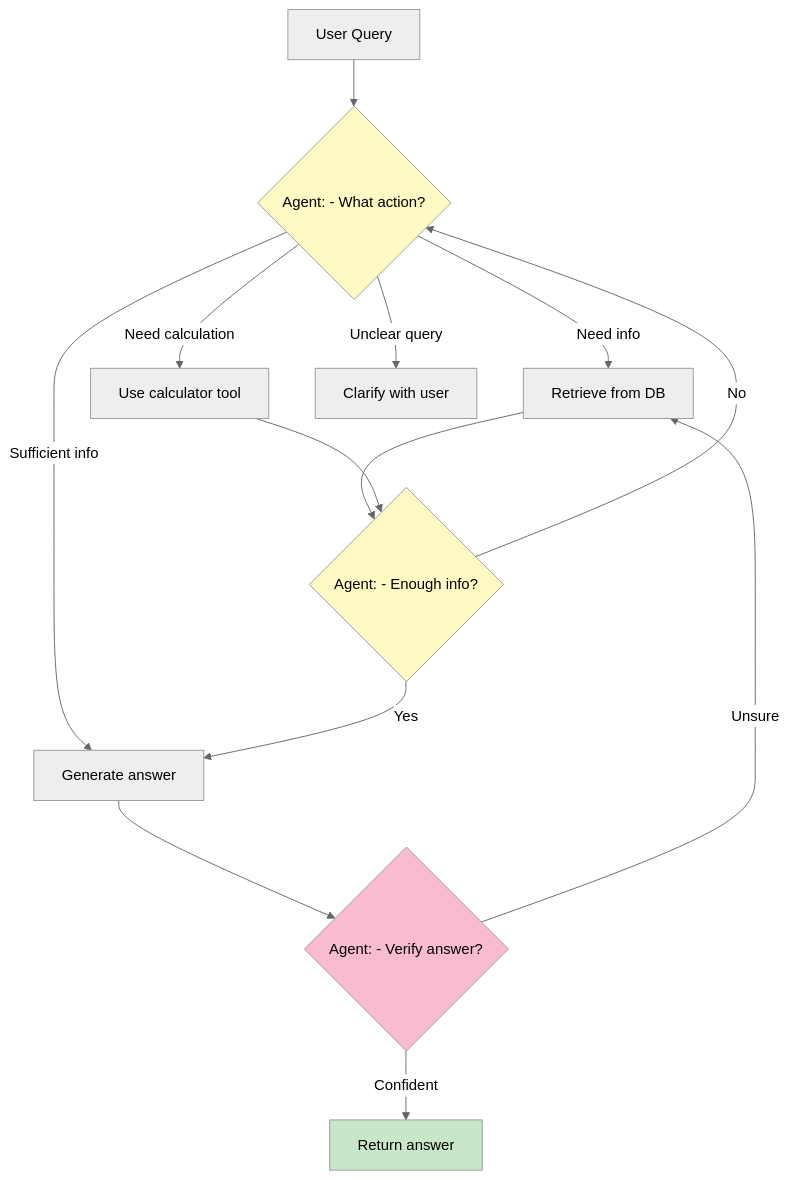
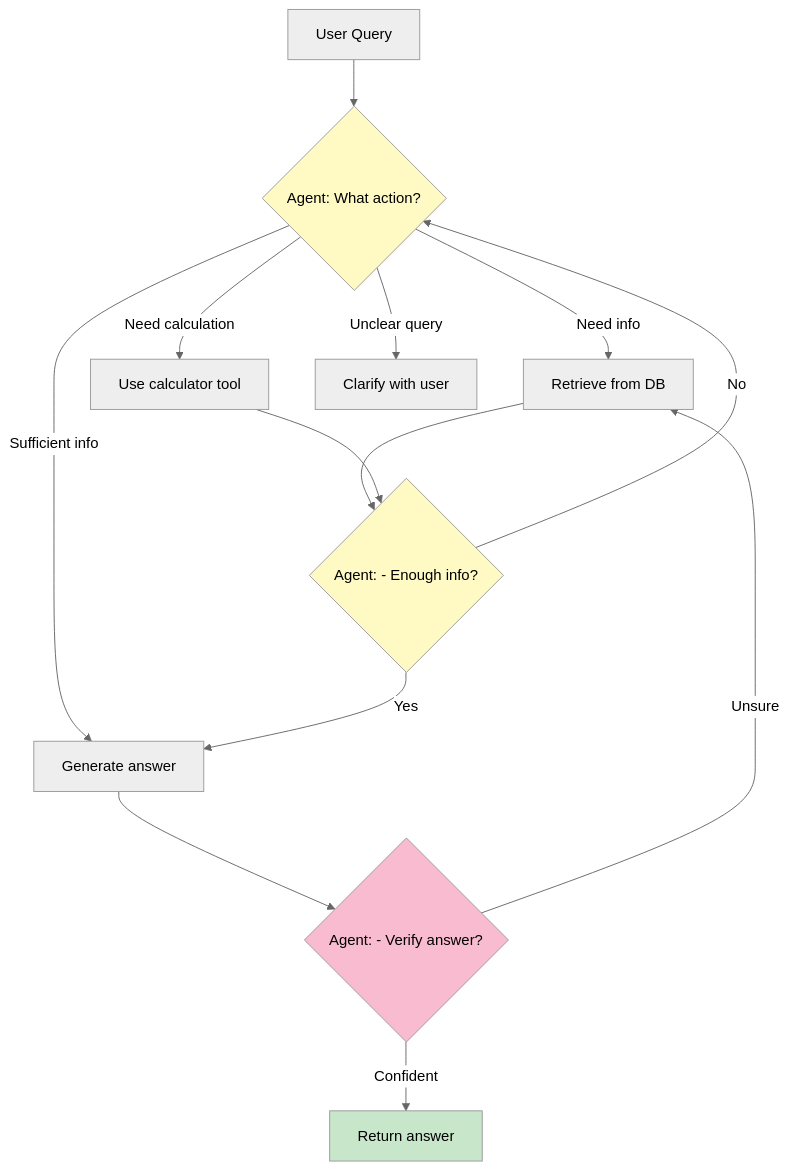
One commit to indhra/llm_rag_sec_findings changed the fourth of 10 diagrams in docs/learning/08-advanced-rag.md. Above: the diagram before and after it, drawn with Mermaid (neutral theme). The commit also changed other lines of this file and 9 other files, not shown here.

````diff
--- a/docs/learning/08-advanced-rag.md
+++ b/docs/learning/08-advanced-rag.md
@@ -144,24 +144,24 @@
 ```mermaid
 graph TB
-    Q[User Query] --> A1{Agent: - What action?}
+    Q["User Query"] --> A1{"Agent: What action?"}
     
     A1 -->|Need info| R[Retrieve from DB]
     A1 -->|Need calculation| C[Use calculator tool]
     A1 -->|Sufficient info| G[Generate answer]
     A1 -->|Unclear query| CL[Clarify with user]
     
     R --> A2{Agent: - Enough info?}
     C --> A2
     
     A2 -->|No| A1
     A2 -->|Yes| G
     
     G --> V{Agent: - Verify answer?}
     V -->|Unsure| R
     V -->|Confident| OUT[Return answer]
     
     style A1 fill:#fff9c4
     style A2 fill:#fff9c4
     style V fill:#f8bbd0
     style OUT fill:#c8e6c9
 ```
````
